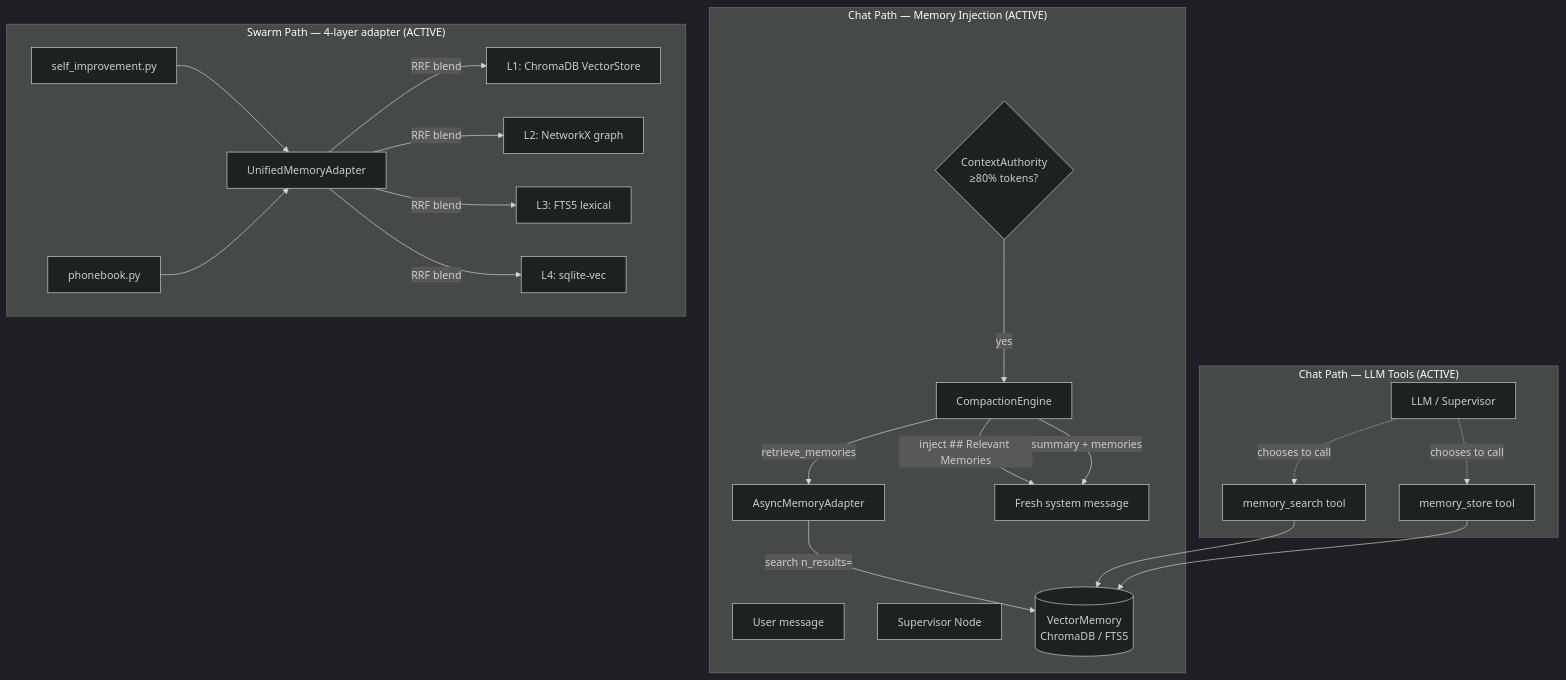
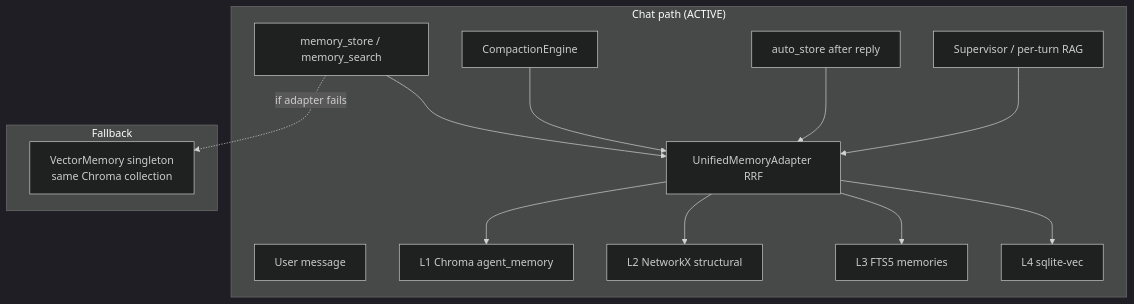
Before and after one commit to Mubder/kazma: the diagram in docs/docs/guide/memory-and-rag.md, drawn with Mermaid (dark theme). The commit also changed other lines of this file and 21 other files, not shown here.

First line of the commit message:
feat(memory): strengthen RAG stack, SQLite L2 graph, consolidator, graph UI

````diff
--- a/docs/docs/guide/memory-and-rag.md
+++ b/docs/docs/guide/memory-and-rag.md
@@ -15,37 +15,25 @@
 ```mermaid
 flowchart TB
-    subgraph "Chat Path — Memory Injection (ACTIVE)"
+    subgraph "Chat path (ACTIVE)"
         UV[User message]
-        SUP[Supervisor Node]
-        AUTH{ContextAuthority<br/>≥80% tokens?}
+        SUP[Supervisor / per-turn RAG]
+        AS[auto_store after reply]
         COMP[CompactionEngine]
-        ASYNC[AsyncMemoryAdapter]
-        VM[(VectorMemory<br/>ChromaDB / FTS5)]
-        AUTH -->|yes| COMP
-        COMP -->|retrieve_memories| ASYNC
-        ASYNC -->|search n_results=| VM
-        COMP -->|inject ## Relevant Memories| FRESH[Fresh system message]
-        COMP -->|summary + memories| FRESH
+        TOOLS[memory_store / memory_search]
+        ADAPT[UnifiedMemoryAdapter RRF]
+        L1[L1 Chroma agent_memory]
+        L2[L2 NetworkX structural]
+        L3[L3 FTS5 memories]
+        L4[L4 sqlite-vec]
+        SUP --> ADAPT
+        AS --> ADAPT
+        COMP --> ADAPT
+        TOOLS --> ADAPT
+        ADAPT --> L1 & L2 & L3 & L4
     end
-    
-    subgraph "Chat Path — LLM Tools (ACTIVE)"
-        LLM[LLM / Supervisor]
-        MS[memory_search tool]
-        MST[memory_store tool]
-        MS --> VM
-        MST --> VM
-        LLM -.->|chooses to call| MS & MST
-    end
-    
-    subgraph "Swarm Path — 4-layer adapter (ACTIVE)"
-        ADAPT[UnifiedMemoryAdapter]
-        L1[L1: ChromaDB VectorStore]
-        L2[L2: NetworkX graph]
-        L3[L3: FTS5 lexical]
-        L4[L4: sqlite-vec]
-        ADAPT -->|RRF blend| L1 & L2 & L3 & L4
-        SI[self_improvement.py]
-        PB[phonebook.py]
-        SI & PB --> ADAPT
+
+    subgraph "Fallback"
+        VM[VectorMemory singleton<br/>same Chroma collection]
+        TOOLS -.->|if adapter fails| VM
     end
 ```
````
